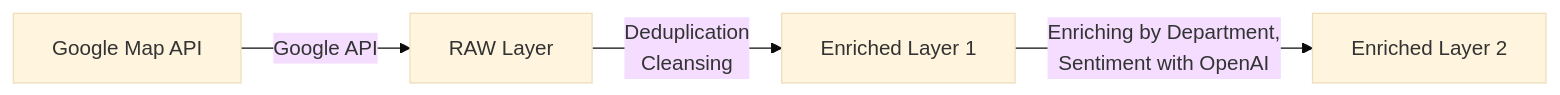
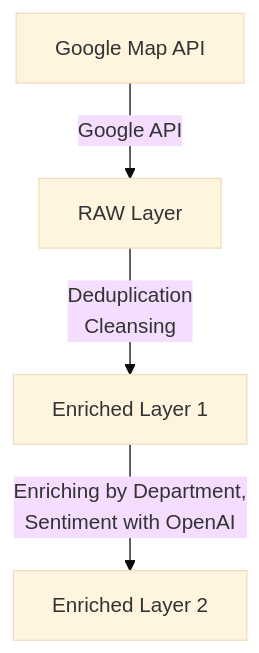
Before and after one commit to 4iurchenko/ReviseCareAI: the diagram in README.md, drawn with Mermaid (base theme).

````diff
--- a/README.md
+++ b/README.md
@@ -21,6 +21,6 @@
 ```mermaid
-graph LR
+graph TD
     A[Google Map API] --Google API--> B[RAW Layer]
     B --Deduplication<br>Cleansing<br>--> C[Enriched Layer 1]
     C --Enriching by Department,<br>Sentiment with OpenAI-->D[Enriched Layer 2]
 ```
````
